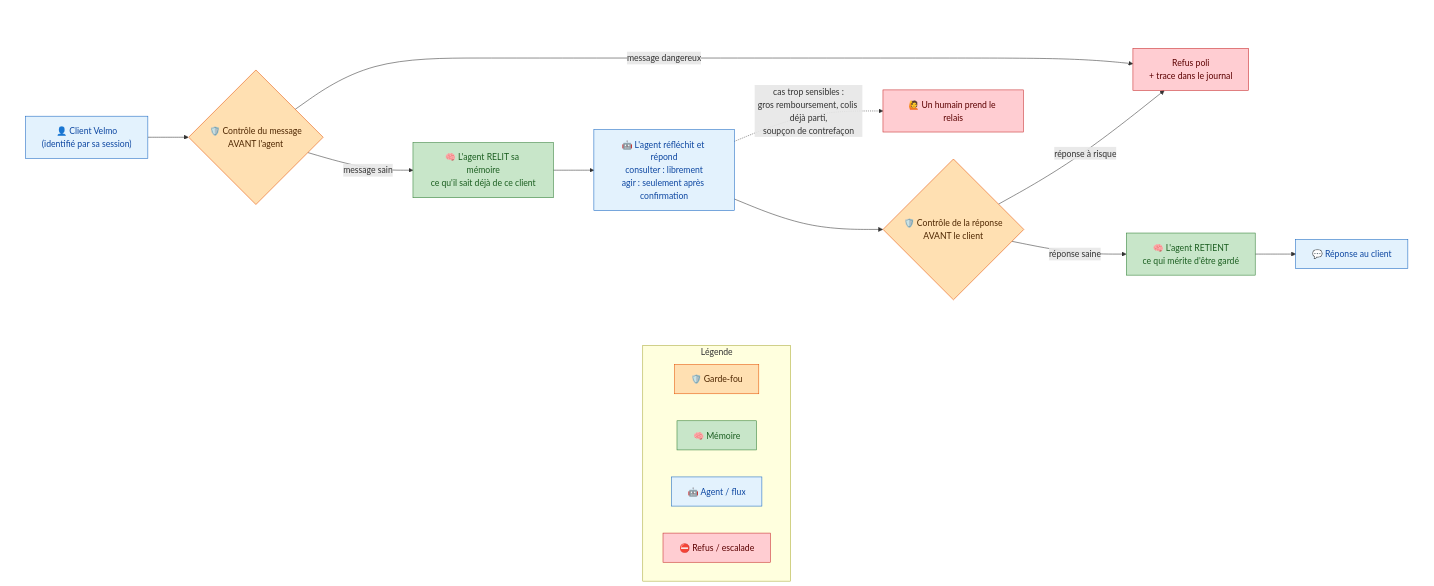
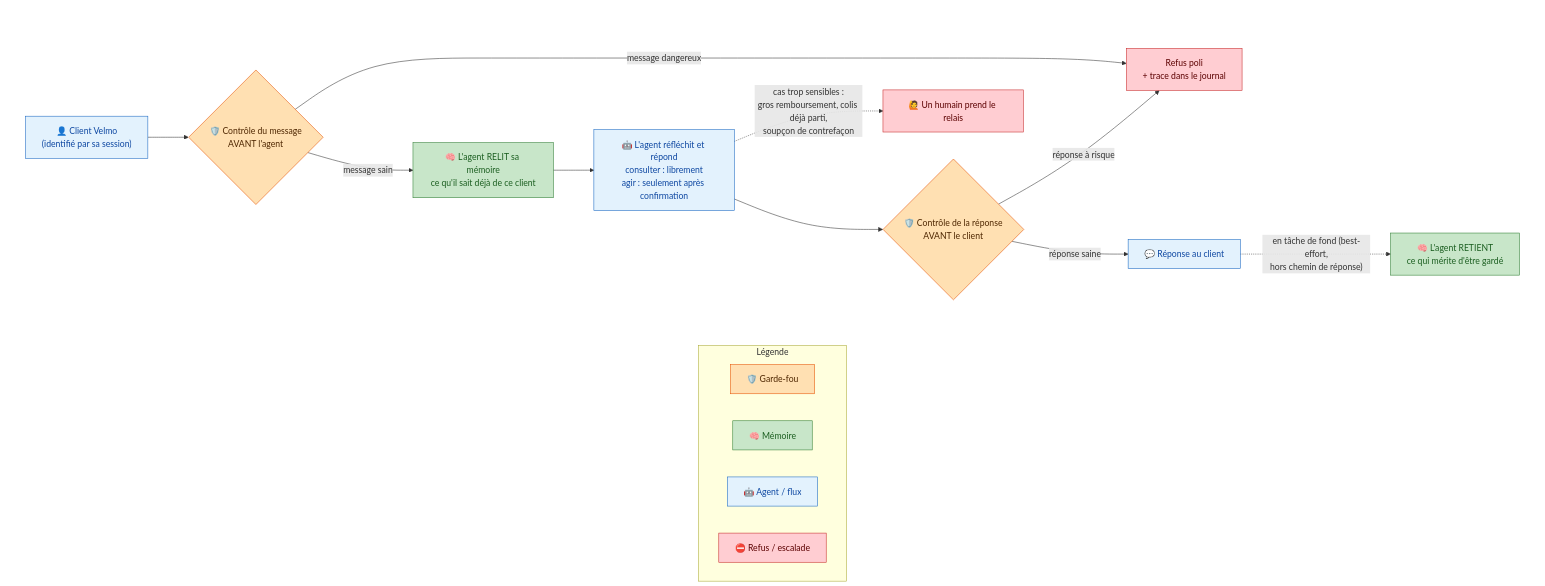
Before and after one commit to sofiane-git/velmo-v2: the diagram in docs/job/schemas/00-architecture-globale.md, drawn with Mermaid. The commit also changed 4 other files, not shown here.

First line of the commit message:
docs(conception): aligne conceptions/schemas sur le code réel (lot 6 batch C)

````diff
--- a/docs/job/schemas/00-architecture-globale.md
+++ b/docs/job/schemas/00-architecture-globale.md
@@ -7,38 +7,38 @@
 ```mermaid
 flowchart TB
     subgraph MAIN[" "]
         direction LR
         U["👤 Client Velmo<br/>(identifié par sa session)"] --> GIN{"🛡️ Contrôle du message<br/>AVANT l'agent"}
         GIN -->|"message dangereux"| REF["Refus poli<br/>+ trace dans le journal"]
         GIN -->|"message sain"| MEMR["🧠 L'agent RELIT sa mémoire<br/>ce qu'il sait déjà de ce client"]
         MEMR --> LLM["🤖 L'agent réfléchit et répond<br/>consulter : librement<br/>agir : seulement après confirmation"]
         LLM --> GOUT{"🛡️ Contrôle de la réponse<br/>AVANT le client"}
         GOUT -->|"réponse à risque"| REF
-        GOUT -->|"réponse saine"| MEMW["🧠 L'agent RETIENT<br/>ce qui mérite d'être gardé"]
-        MEMW --> RESP["💬 Réponse au client"]
+        GOUT -->|"réponse saine"| RESP["💬 Réponse au client"]
+        RESP -.->|"en tâche de fond (best-effort,<br/>hors chemin de réponse)"| MEMW["🧠 L'agent RETIENT<br/>ce qui mérite d'être gardé"]
 
         LLM -.->|"cas trop sensibles :<br/>gros remboursement, colis déjà parti,<br/>soupçon de contrefaçon"| ESC["🙋 Un humain prend le relais"]
     end
 
     MAIN --- LG1
 
     subgraph LEGEND["Légende"]
         direction LR
         LG1["🛡️ Garde-fou"]
         LG2["🧠 Mémoire"]
         LG3["🤖 Agent / flux"]
         LG4["⛔ Refus / escalade"]
     end
 
     classDef gate fill:#ffe0b2,stroke:#e65100,color:#4e2600;
     classDef mem fill:#c8e6c9,stroke:#2e7d32,color:#1b5e20;
     classDef flow fill:#e3f2fd,stroke:#1565c0,color:#0d47a1;
     classDef block fill:#ffcdd2,stroke:#c62828,color:#5c0000;
     class GIN,GOUT,LG1 gate;
     class MEMR,MEMW,LG2 mem;
     class U,LLM,RESP,LG3 flow;
     class REF,ESC,LG4 block;
     style MAIN fill:none,stroke:none;
     %% connecteur invisible (force la légende en bas) — index = ordre des flèches, recalculer si le flux change
     linkStyle 9 stroke:none;
 ```
````
